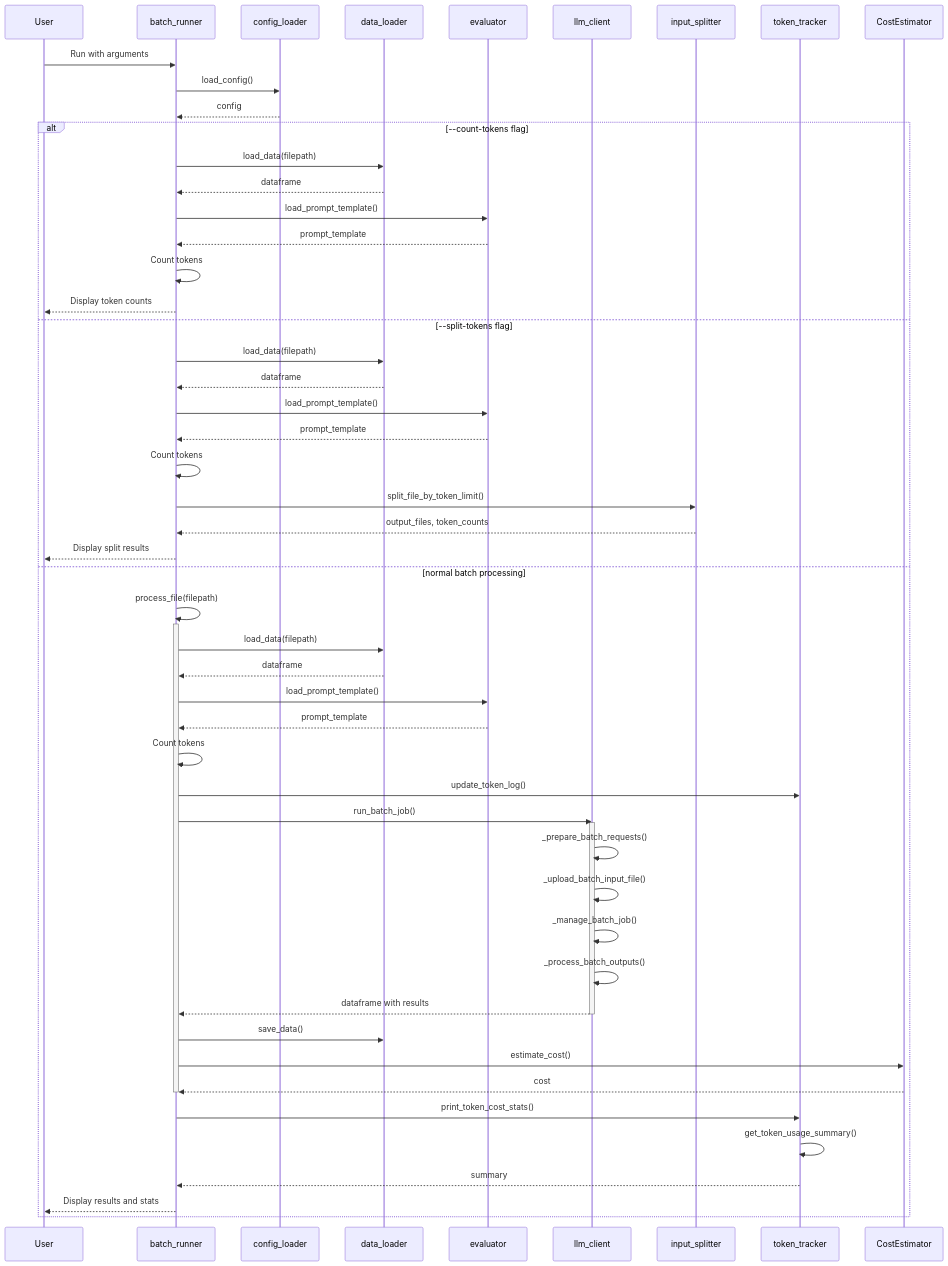
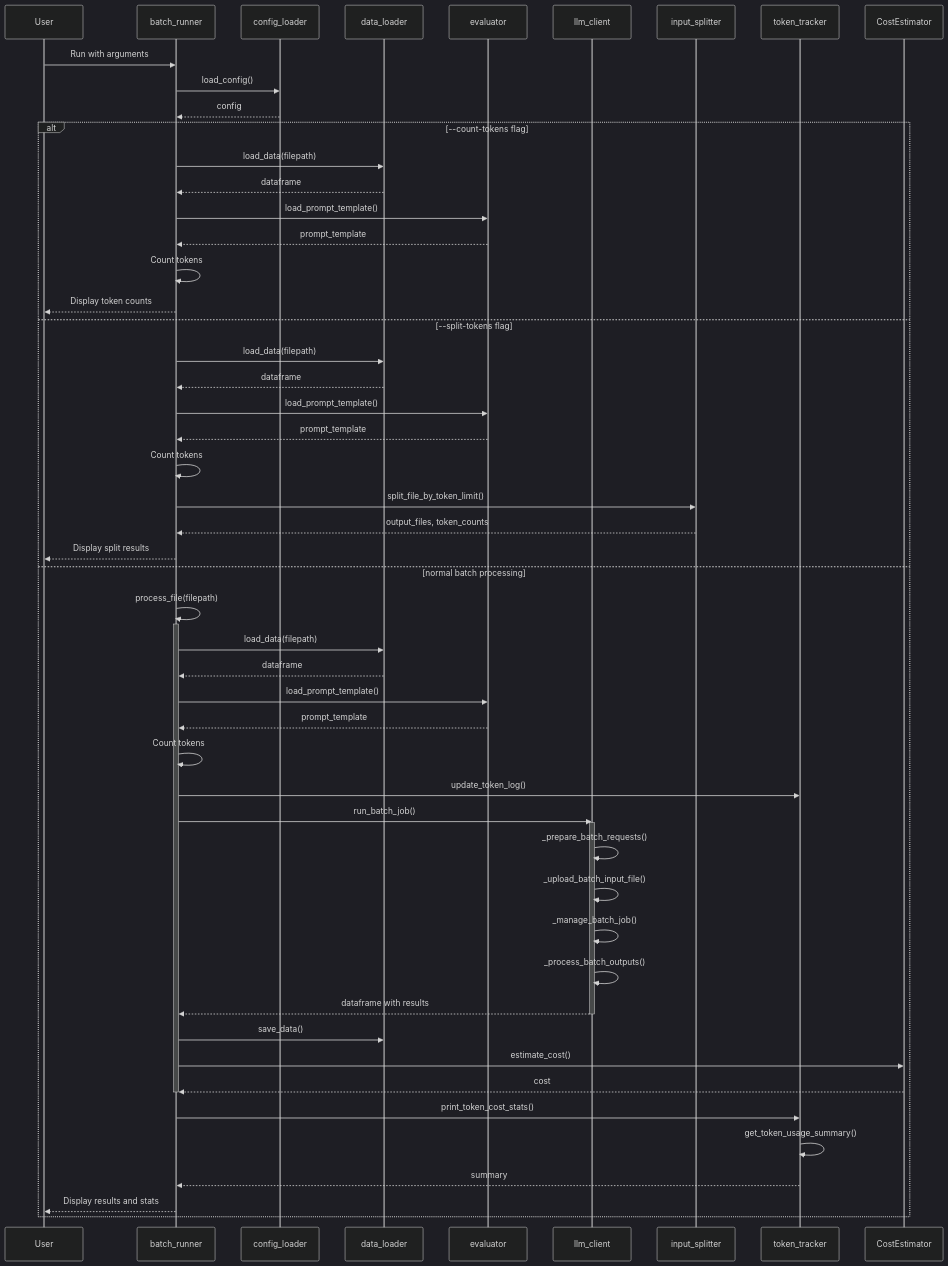
One commit to afunyun/BatchGrader changed the second of 3 diagrams in docs/application_flow.md. Above: the diagram before and after it, drawn with Mermaid. The commit also changed other lines of this file, not shown here.

````diff
--- a/docs/application_flow.md
+++ b/docs/application_flow.md
@@ -87,59 +88,60 @@
 ```mermaid
+%%{init: { 'theme': 'dark' } }%%
 sequenceDiagram
-    participant User
-    participant batch_runner
-    participant config_loader
-    participant data_loader
-    participant evaluator
-    participant llm_client
-    participant input_splitter
-    participant token_tracker
-    participant CostEstimator
-    
-    User->>batch_runner: Run with arguments
-    batch_runner->>config_loader: load_config()
-    config_loader-->>batch_runner: config
-    
-    alt --count-tokens flag
-        batch_runner->>data_loader: load_data(filepath)
-        data_loader-->>batch_runner: dataframe
-        batch_runner->>evaluator: load_prompt_template()
-        evaluator-->>batch_runner: prompt_template
-        batch_runner->>batch_runner: Count tokens
-        batch_runner-->>User: Display token counts
-    else --split-tokens flag
-        batch_runner->>data_loader: load_data(filepath)
-        data_loader-->>batch_runner: dataframe
-        batch_runner->>evaluator: load_prompt_template()
-        evaluator-->>batch_runner: prompt_template
-        batch_runner->>batch_runner: Count tokens
-        batch_runner->>input_splitter: split_file_by_token_limit()
-        input_splitter-->>batch_runner: output_files, token_counts
-        batch_runner-->>User: Display split results
-    else normal batch processing
-        batch_runner->>batch_runner: process_file(filepath)
-        activate batch_runner
-        batch_runner->>data_loader: load_data(filepath)
-        data_loader-->>batch_runner: dataframe
-        batch_runner->>evaluator: load_prompt_template()
-        evaluator-->>batch_runner: prompt_template
-        batch_runner->>batch_runner: Count tokens
-        batch_runner->>token_tracker: update_token_log()
-        batch_runner->>llm_client: run_batch_job()
-        activate llm_client
-        llm_client->>llm_client: _prepare_batch_requests()
-        llm_client->>llm_client: _upload_batch_input_file()
-        llm_client->>llm_client: _manage_batch_job()
-        llm_client->>llm_client: _process_batch_outputs()
-        llm_client-->>batch_runner: dataframe with results
-        deactivate llm_client
-        batch_runner->>data_loader: save_data()
-        batch_runner->>CostEstimator: estimate_cost()
-        CostEstimator-->>batch_runner: cost
-        deactivate batch_runner
-        batch_runner->>token_tracker: print_token_cost_stats()
-        token_tracker->>token_tracker: get_token_usage_summary()
-        token_tracker-->>batch_runner: summary
-        batch_runner-->>User: Display results and stats
-    end
+    participant User
+    participant batch_runner
+    participant config_loader
+    participant data_loader
+    participant evaluator
+    participant llm_client
+    participant input_splitter
+    participant token_tracker
+    participant CostEstimator
+    
+    User->>batch_runner: Run with arguments
+    batch_runner->>config_loader: load_config()
+    config_loader-->>batch_runner: config
+    
+    alt --count-tokens flag
+        batch_runner->>data_loader: load_data(filepath)
+        data_loader-->>batch_runner: dataframe
+        batch_runner->>evaluator: load_prompt_template()
+        evaluator-->>batch_runner: prompt_template
+        batch_runner->>batch_runner: Count tokens
+        batch_runner-->>User: Display token counts
+    else --split-tokens flag
+        batch_runner->>data_loader: load_data(filepath)
+        data_loader-->>batch_runner: dataframe
+        batch_runner->>evaluator: load_prompt_template()
+        evaluator-->>batch_runner: prompt_template
+        batch_runner->>batch_runner: Count tokens
+        batch_runner->>input_splitter: split_file_by_token_limit()
+        input_splitter-->>batch_runner: output_files, token_counts
+        batch_runner-->>User: Display split results
+    else normal batch processing
+        batch_runner->>batch_runner: process_file(filepath)
+        activate batch_runner
+        batch_runner->>data_loader: load_data(filepath)
+        data_loader-->>batch_runner: dataframe
+        batch_runner->>evaluator: load_prompt_template()
+        evaluator-->>batch_runner: prompt_template
+        batch_runner->>batch_runner: Count tokens
+        batch_runner->>token_tracker: update_token_log()
+        batch_runner->>llm_client: run_batch_job()
+        activate llm_client
+        llm_client->>llm_client: _prepare_batch_requests()
+        llm_client->>llm_client: _upload_batch_input_file()
+        llm_client->>llm_client: _manage_batch_job()
+        llm_client->>llm_client: _process_batch_outputs()
+        llm_client-->>batch_runner: dataframe with results
+        deactivate llm_client
+        batch_runner->>data_loader: save_data()
+        batch_runner->>CostEstimator: estimate_cost()
+        CostEstimator-->>batch_runner: cost
+        deactivate batch_runner
+        batch_runner->>token_tracker: print_token_cost_stats()
+        token_tracker->>token_tracker: get_token_usage_summary()
+        token_tracker-->>batch_runner: summary
+        batch_runner-->>User: Display results and stats
+    end
 ```
````
